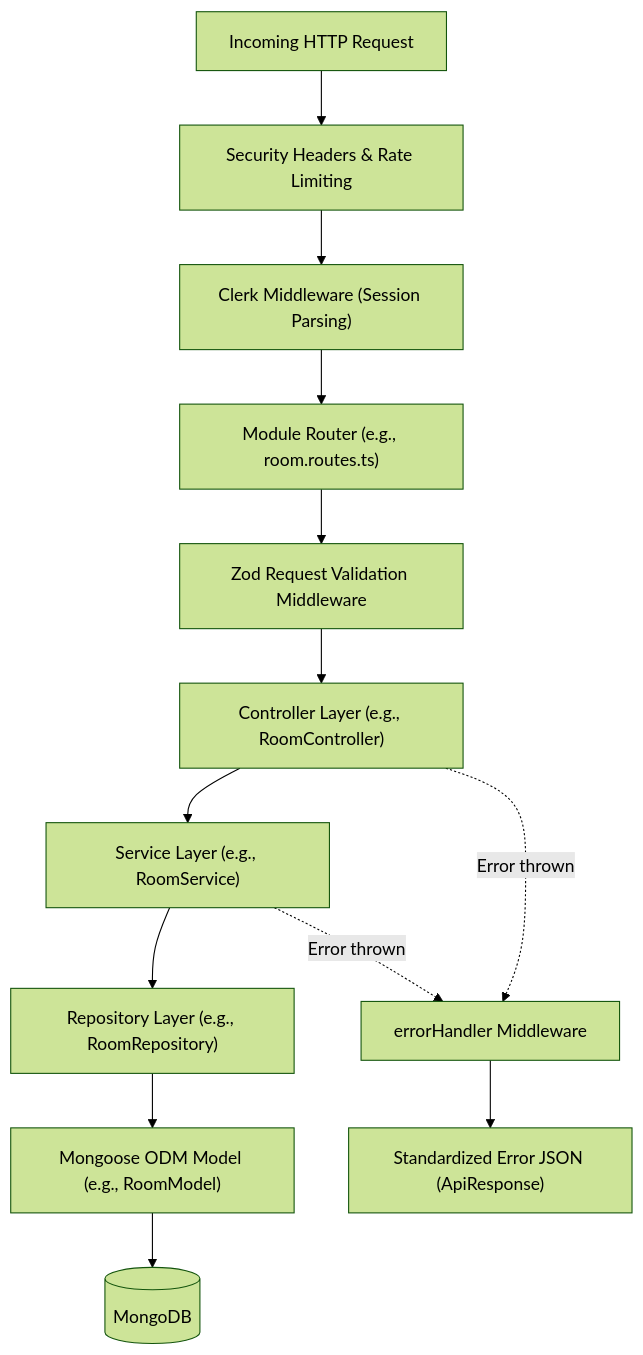
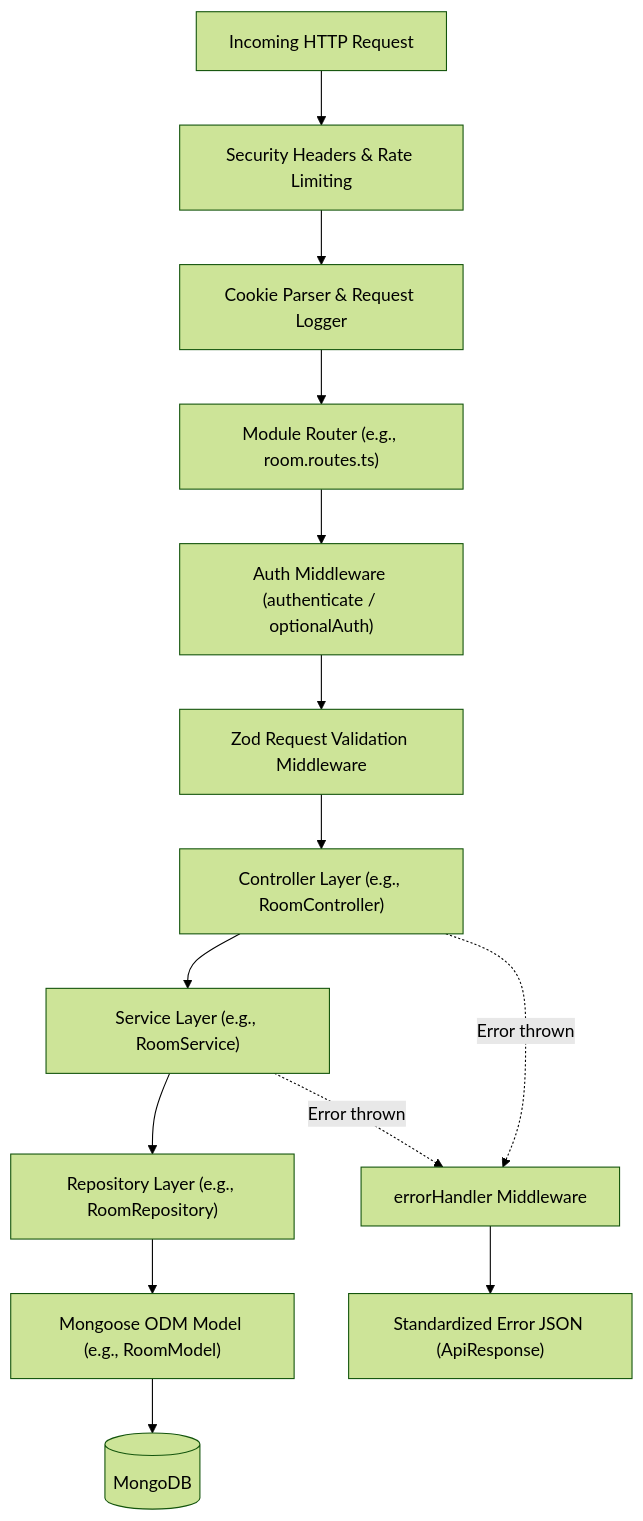
Before and after one commit to harshverma-25/CodeArena: the diagram in docs/04-backend-architecture.md, drawn with Mermaid (forest theme). The commit also changed other lines of this file and 17 other files, not shown here.

Commit message:
docs: synchronize project documentation with current architecture

````diff
--- a/docs/04-backend-architecture.md
+++ b/docs/04-backend-architecture.md
@@ -7,16 +7,17 @@
 ```mermaid
 graph TD
     Request["Incoming HTTP Request"] --> SecurityMW["Security Headers & Rate Limiting"]
-    SecurityMW --> ClerkMW["Clerk Middleware (Session Parsing)"]
-    ClerkMW --> Router["Module Router (e.g., room.routes.ts)"]
-    Router --> Validator["Zod Request Validation Middleware"]
+    SecurityMW --> CookieMW["Cookie Parser & Request Logger"]
+    CookieMW --> Router["Module Router (e.g., room.routes.ts)"]
+    Router --> AuthMW["Auth Middleware (authenticate / optionalAuth)"]
+    AuthMW --> Validator["Zod Request Validation Middleware"]
     Validator --> Controller["Controller Layer (e.g., RoomController)"]
     Controller --> Service["Service Layer (e.g., RoomService)"]
     Service --> Repository["Repository Layer (e.g., RoomRepository)"]
     Repository --> Model["Mongoose ODM Model (e.g., RoomModel)"]
     Model --> DB[(MongoDB)]
 
     Controller -. Error thrown .-> CentralErrorHandler["errorHandler Middleware"]
     Service -. Error thrown .-> CentralErrorHandler
     CentralErrorHandler --> FormattedErrorResponse["Standardized Error JSON (ApiResponse)"]
 ```
````
